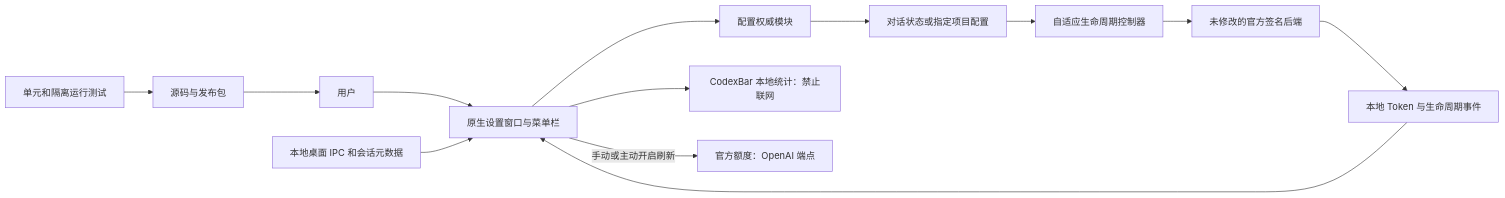
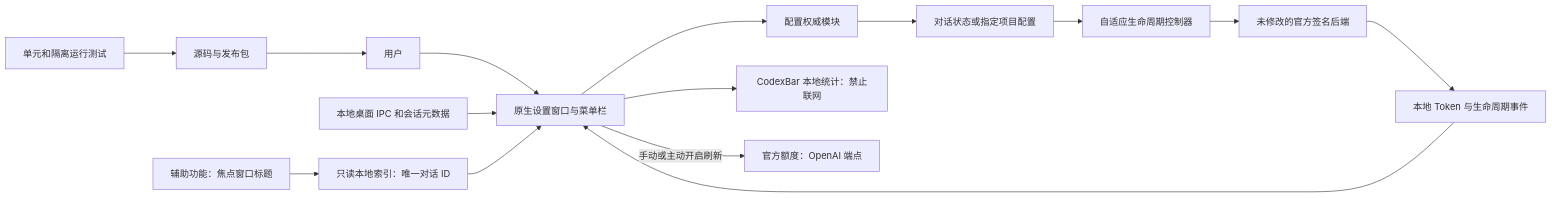
The diagram in README.md (yimengbenxin/codex-context-menu), drawn with Mermaid before and after one commit. The commit also changed other lines of this file and 38 other files, not shown here.

````diff
--- a/README.md
+++ b/README.md
@@ -105,15 +111,17 @@
 ```mermaid
 flowchart LR
   User[用户] --> UI[原生设置窗口与菜单栏]
   IPC[本地桌面 IPC 和会话元数据] --> UI
+  Focus[辅助功能：焦点窗口标题] --> Index[只读本地索引：唯一对话 ID]
+  Index --> UI
   UI --> Config[配置权威模块]
   Config --> State[对话状态或指定项目配置]
   State --> Policy[自适应生命周期控制器]
   Policy --> Native[未修改的官方签名后端]
   Native --> Logs[本地 Token 与生命周期事件]
   Logs --> UI
   UI --> Stats[CodexBar 本地统计：禁止联网]
   UI -->|手动或主动开启刷新| Quota[官方额度：OpenAI 端点]
   Tests[单元和隔离运行测试] --> Package[源码与发布包]
   Package --> User
 ```
````
